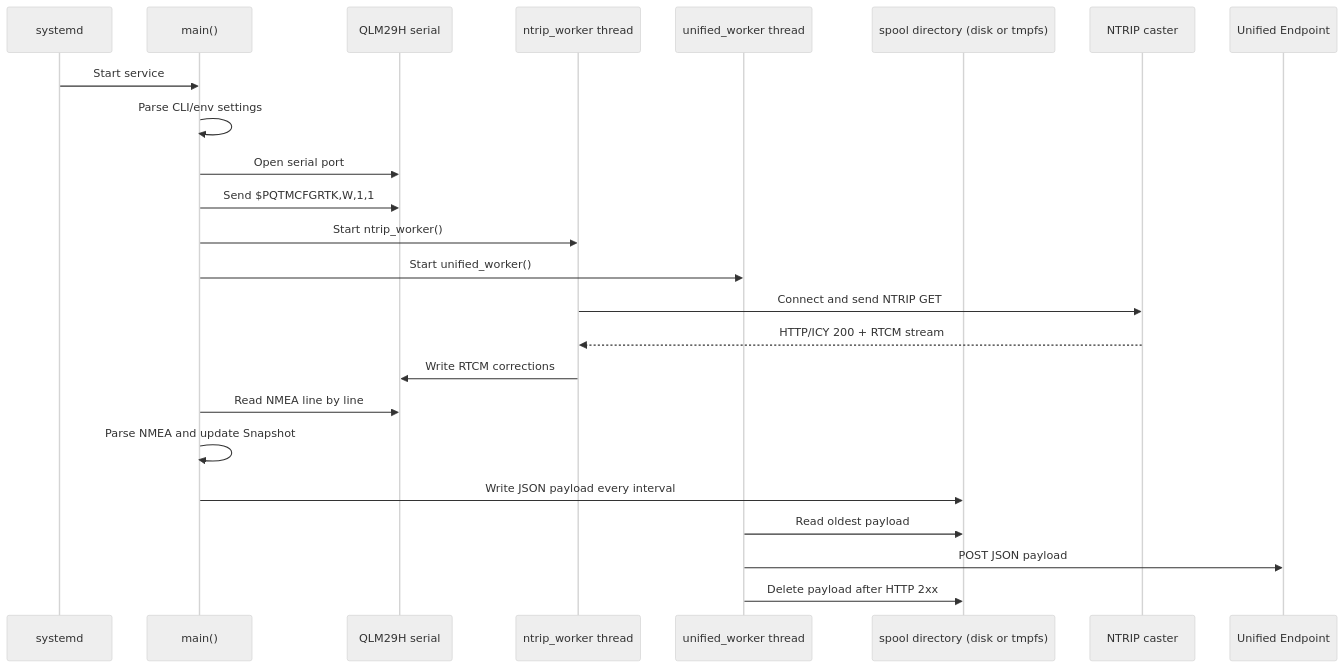
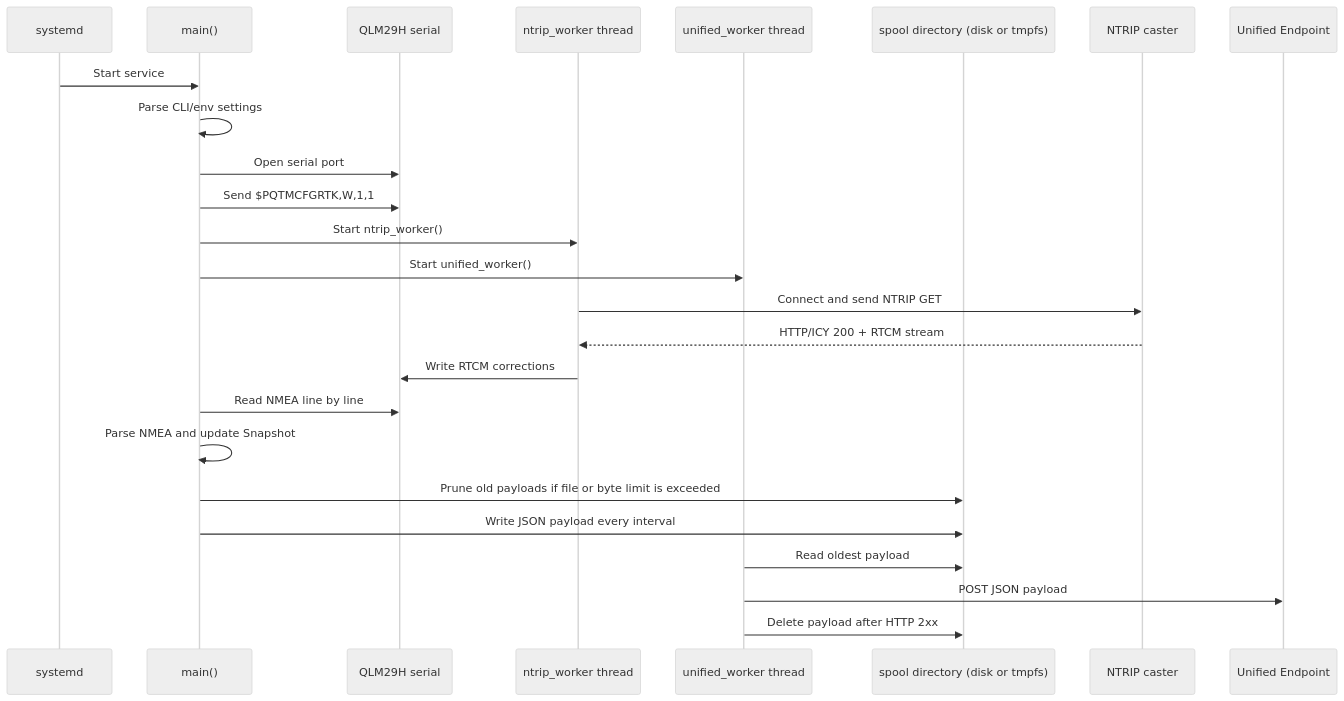
One commit to takao2704/qlm29h-samples changed the third of 3 diagrams in docs/sequence.md. Above: the diagram before and after it, drawn with Mermaid (neutral theme). The commit also changed other lines of this file and 2 other files, not shown here.

Commit message:
Harden unified sender spool handling

````diff
--- a/docs/sequence.md
+++ b/docs/sequence.md
@@ -113,27 +113,28 @@
 ```mermaid
 sequenceDiagram
     participant Systemd as systemd
     participant Main as main()
     participant Serial as QLM29H serial
     participant Ntrip as ntrip_worker thread
     participant Sender as unified_worker thread
     participant Spool as spool directory (disk or tmpfs)
     participant Caster as NTRIP caster
     participant Unified as Unified Endpoint
 
     Systemd->>Main: Start service
     Main->>Main: Parse CLI/env settings
     Main->>Serial: Open serial port
     Main->>Serial: Send $PQTMCFGRTK,W,1,1
     Main->>Ntrip: Start ntrip_worker()
     Main->>Sender: Start unified_worker()
     Ntrip->>Caster: Connect and send NTRIP GET
     Caster-->>Ntrip: HTTP/ICY 200 + RTCM stream
     Ntrip->>Serial: Write RTCM corrections
     Main->>Serial: Read NMEA line by line
     Main->>Main: Parse NMEA and update Snapshot
+    Main->>Spool: Prune old payloads if file or byte limit is exceeded
     Main->>Spool: Write JSON payload every interval
     Sender->>Spool: Read oldest payload
     Sender->>Unified: POST JSON payload
     Sender->>Spool: Delete payload after HTTP 2xx
 ```
````
